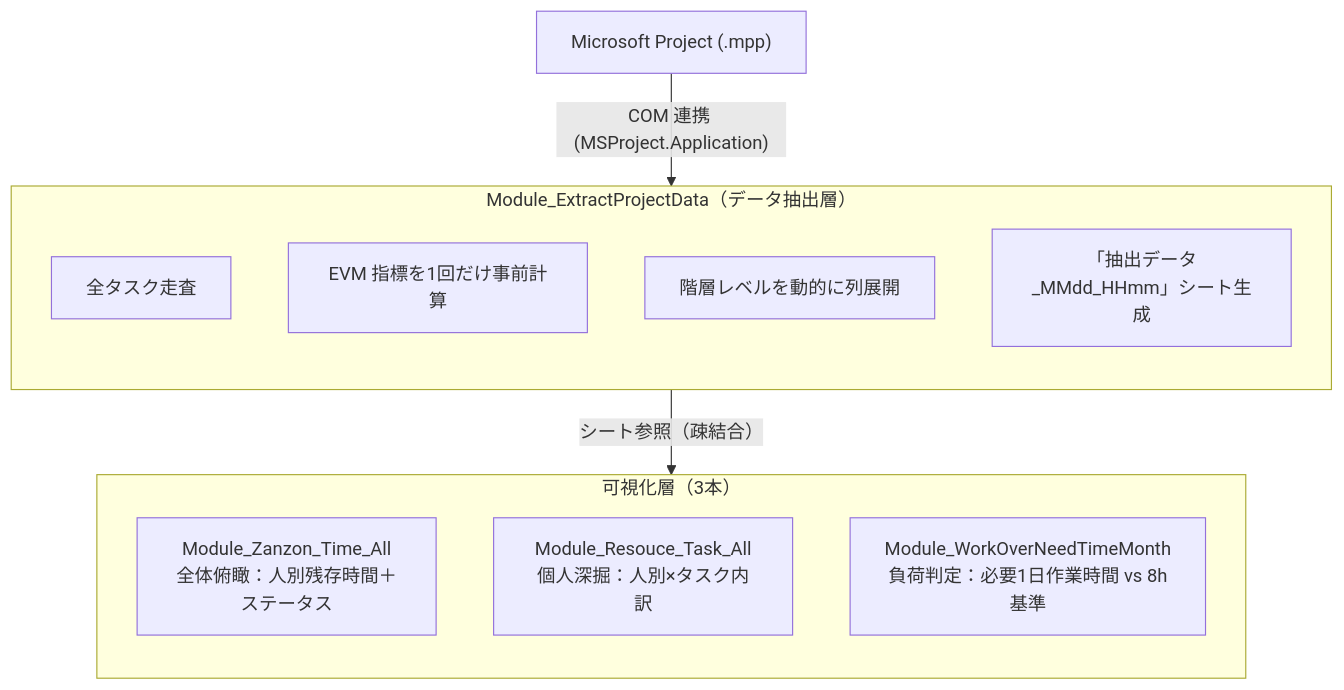
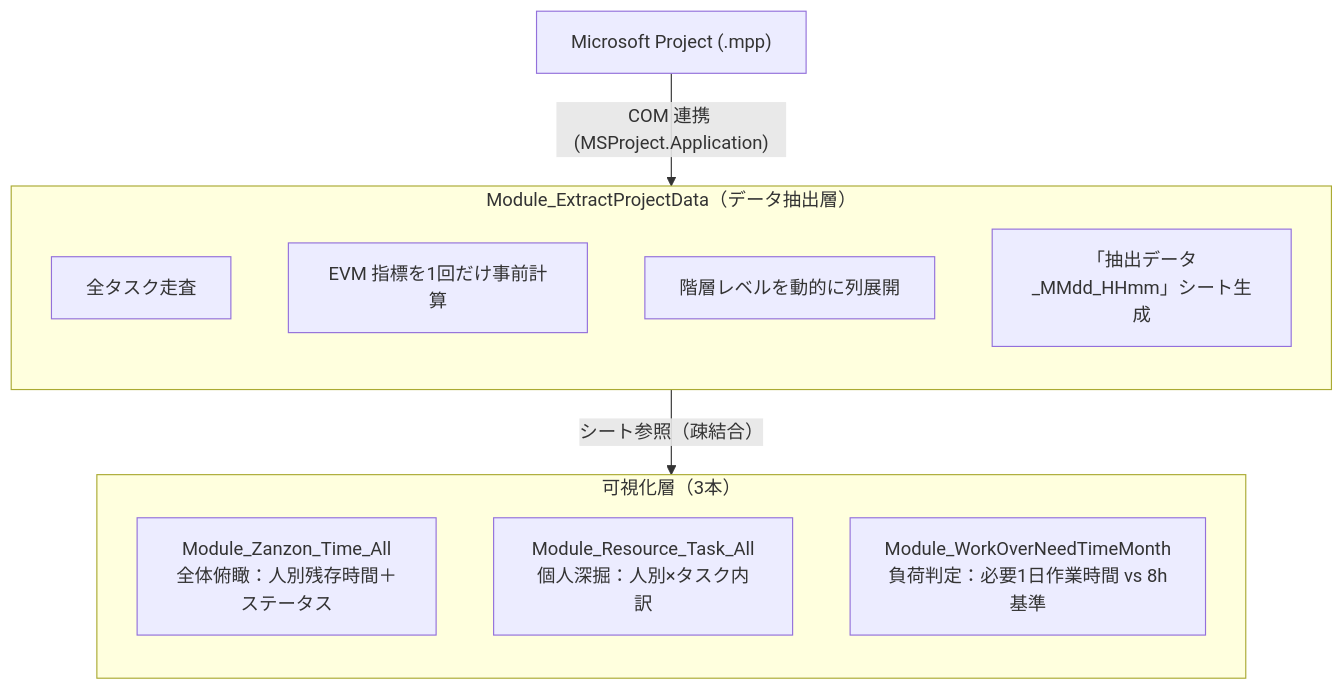
One commit to aki0178/business-system-design-portfolio changed the diagram in 03_resource_visualizer.md. Above: the diagram before and after it, drawn with Mermaid. The commit also changed other lines of this file and 1 other file, not shown here.

````diff
--- a/03_resource_visualizer.md
+++ b/03_resource_visualizer.md
@@ -45,22 +45,22 @@
 ```mermaid
 flowchart TD
     A["Microsoft Project (.mpp)"]
 
     subgraph EXT["Module_ExtractProjectData（データ抽出層）"]
         direction TB
         E1["全タスク走査"]
         E2["EVM 指標を1回だけ事前計算"]
         E3["階層レベルを動的に列展開"]
         E4["「抽出データ_MMdd_HHmm」シート生成"]
     end
 
     subgraph VIS["可視化層（3本）"]
         direction TB
         V1["Module_Zanzon_Time_All<br/>全体俯瞰：人別残存時間＋ステータス"]
-        V2["Module_Resouce_Task_All<br/>個人深掘：人別×タスク内訳"]
+        V2["Module_Resource_Task_All<br/>個人深掘：人別×タスク内訳"]
         V3["Module_WorkOverNeedTimeMonth<br/>負荷判定：必要1日作業時間 vs 8h基準"]
     end
 
     A -->|"COM 連携 (MSProject.Application)"| EXT
     EXT -->|"シート参照（疎結合）"| VIS
 ```
````
